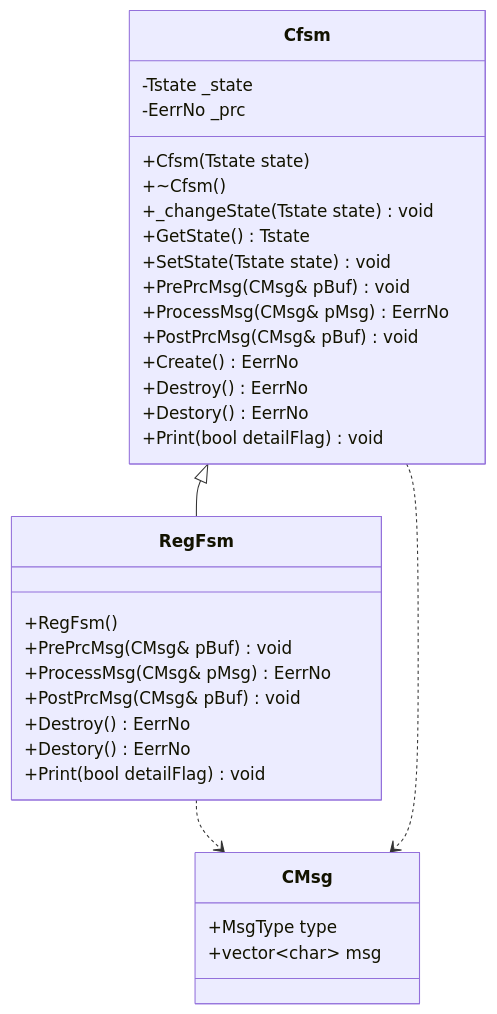
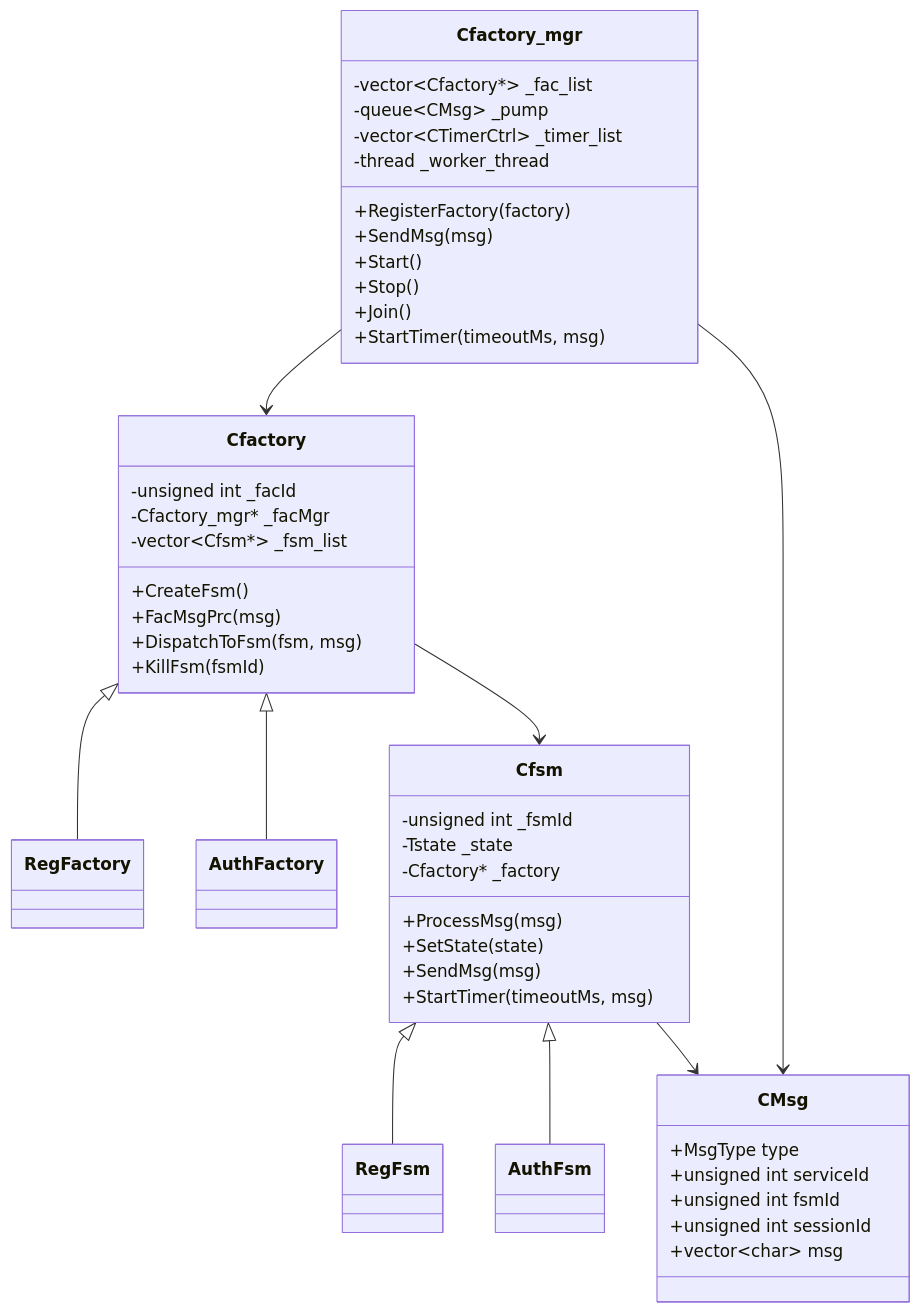
The eighth of 9 diagrams in docs/design.md (uefva/FsmFramework), drawn with Mermaid before and after one commit. The commit also changed other lines of this file and 1 other file, not shown here.

````diff
--- a/docs/design.md
+++ b/docs/design.md
@@ -411,38 +540,56 @@
 ```mermaid
 classDiagram
+    class Cfactory_mgr {
+        -vector~Cfactory*~ _fac_list
+        -queue~CMsg~ _pump
+        -vector~CTimerCtrl~ _timer_list
+        -thread _worker_thread
+        +RegisterFactory(factory)
+        +SendMsg(msg)
+        +Start()
+        +Stop()
+        +Join()
+        +StartTimer(timeoutMs, msg)
+    }
+
+    class Cfactory {
+        -unsigned int _facId
+        -Cfactory_mgr* _facMgr
+        -vector~Cfsm*~ _fsm_list
+        +CreateFsm()
+        +FacMsgPrc(msg)
+        +DispatchToFsm(fsm, msg)
+        +KillFsm(fsmId)
+    }
+
+    class Cfsm {
+        -unsigned int _fsmId
+        -Tstate _state
+        -Cfactory* _factory
+        +ProcessMsg(msg)
+        +SetState(state)
+        +SendMsg(msg)
+        +StartTimer(timeoutMs, msg)
+    }
+
+    class RegFactory
+    class AuthFactory
+    class RegFsm
+    class AuthFsm
     class CMsg {
         +MsgType type
+        +unsigned int serviceId
+        +unsigned int fsmId
+        +unsigned int sessionId
         +vector~char~ msg
     }
 
-    class Cfsm {
-        -Tstate _state
-        -EerrNo _prc
-        +Cfsm(Tstate state)
-        +~Cfsm()
-        +_changeState(Tstate state) void
-        +GetState() Tstate
-        +SetState(Tstate state) void
-        +PrePrcMsg(CMsg& pBuf) void
-        +ProcessMsg(CMsg& pMsg) EerrNo
-        +PostPrcMsg(CMsg& pBuf) void
-        +Create() EerrNo
-        +Destroy() EerrNo
-        +Destory() EerrNo
-        +Print(bool detailFlag) void
-    }
-
-    class RegFsm {
-        +RegFsm()
-        +PrePrcMsg(CMsg& pBuf) void
-        +ProcessMsg(CMsg& pMsg) EerrNo
-        +PostPrcMsg(CMsg& pBuf) void
-        +Destroy() EerrNo
-        +Destory() EerrNo
-        +Print(bool detailFlag) void
-    }
-
+    Cfactory_mgr --> Cfactory
+    Cfactory <|-- RegFactory
+    Cfactory <|-- AuthFactory
+    Cfactory --> Cfsm
     Cfsm <|-- RegFsm
-    RegFsm ..> CMsg
-    Cfsm ..> CMsg
+    Cfsm <|-- AuthFsm
+    Cfactory_mgr --> CMsg
+    Cfsm --> CMsg
 ```
````
